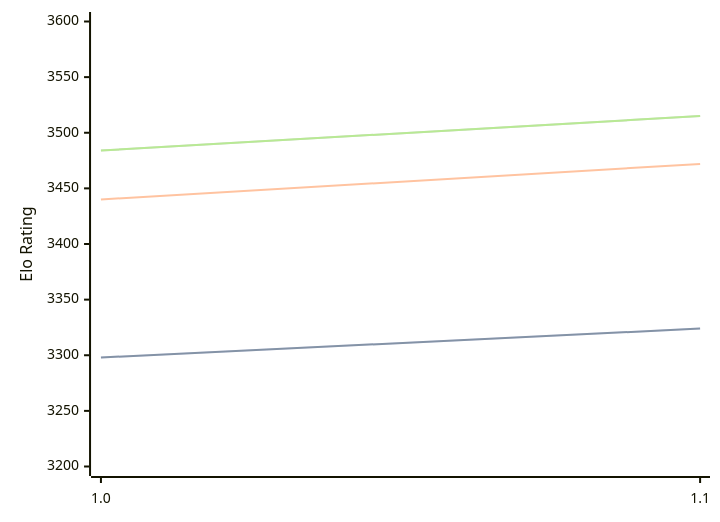
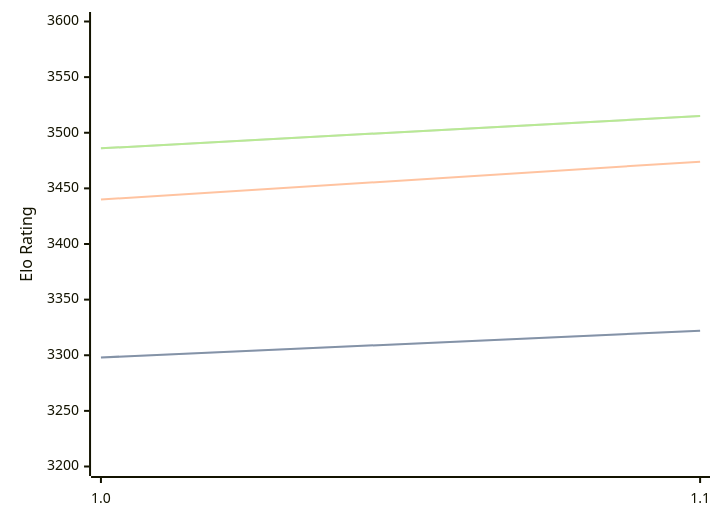
Before and after one commit to computer-chess-index/cci: the first of 3 diagrams in engines/Icarus.md, drawn with Mermaid. The commit also changed other lines of this file, not shown here.

Commit message:
Update CCI Ratings (ELO VLTC) - 2026-06-21

````diff
--- a/engines/Icarus.md
+++ b/engines/Icarus.md
@@ -32,11 +32,11 @@
 ```mermaid
 %%{init: {"theme":"base","themeVariables":{"seriesColors:['#a3a3a3','#222221','#faa371']}}}%%
 xychart-beta
   x-axis ["1.0", "1.1"]
   y-axis "Elo Rating" 3200 --> 3600
-  line "STC (8.0+0.08s)" [3298, 3324]
-  line "STC (8.0+0.08s)" [3298, 3324]
-  line "LTC (60.0+0.60s)" [3440, 3472]
-  line "VLTC (2m24s+1.12s)" [3484, 3515]
-  line "VLTC (2m24s+1.12s)" [3484, 3515]
+  line "STC (8.0+0.08s)" [3298, 3322]
+  line "STC (8.0+0.08s)" [3298, 3322]
+  line "LTC (60.0+0.60s)" [3440, 3474]
+  line "VLTC (2m24s+1.12s)" [3486, 3515]
+  line "VLTC (2m24s+1.12s)" [3486, 3515]
 ```
````
